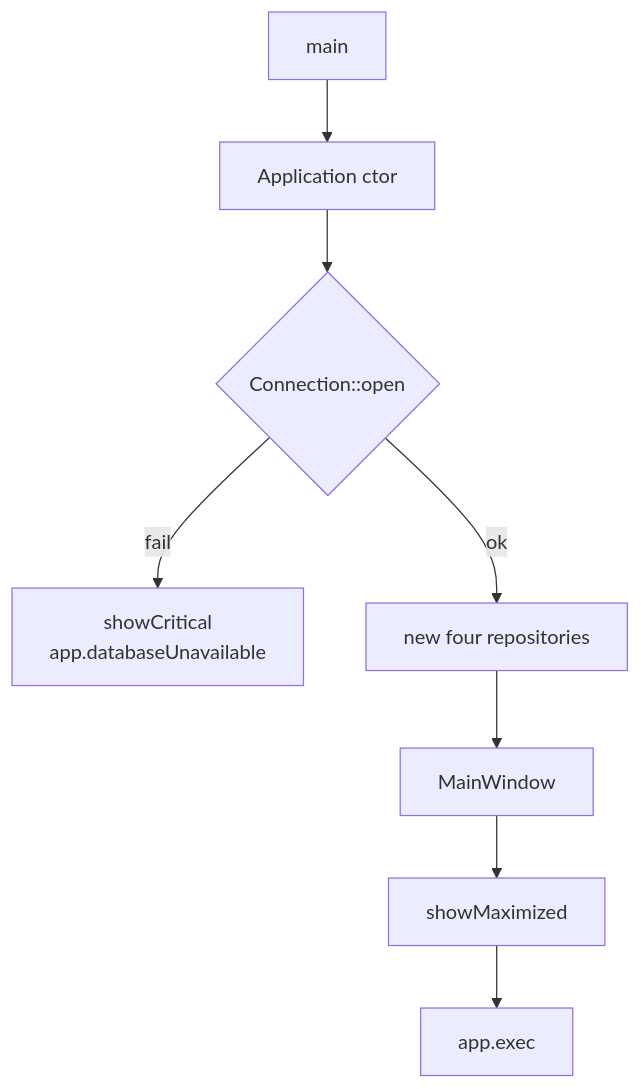
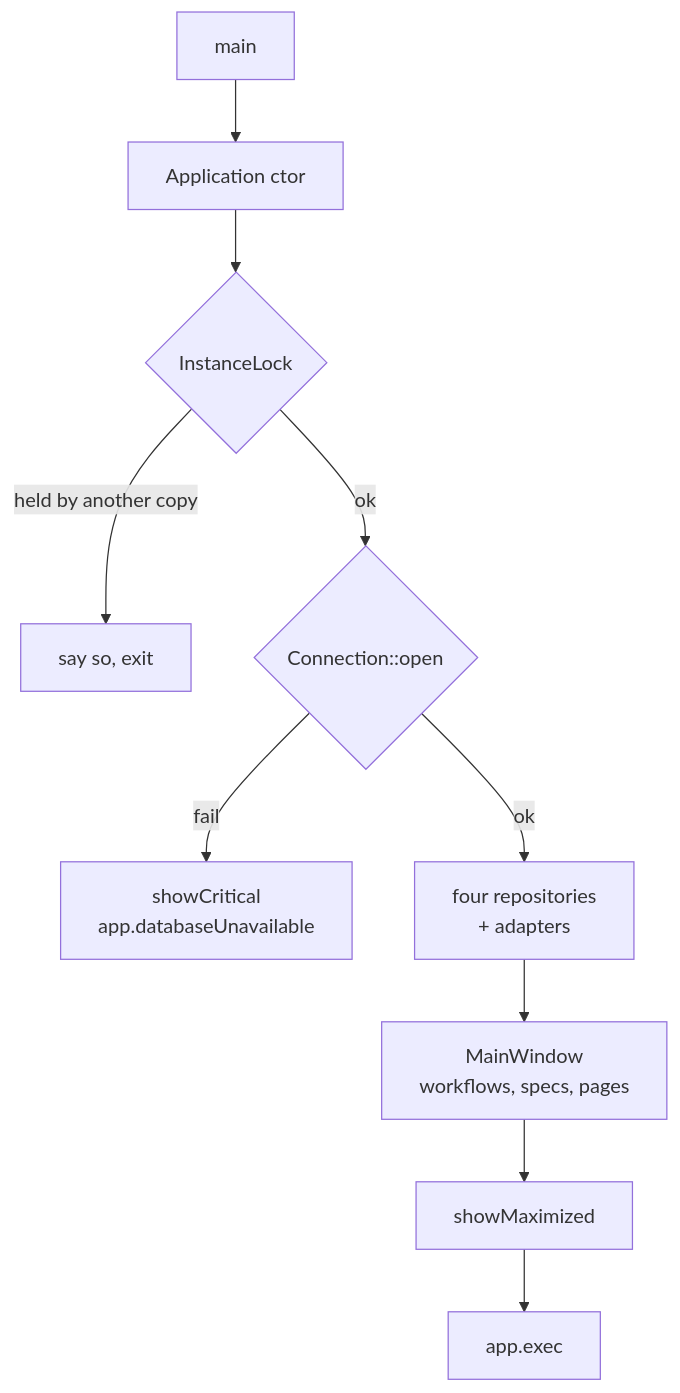
Before and after one commit to medaminben/VLMS: diagram 23 of 28 in docs/architecture/beta-uml.md, drawn with Mermaid. The commit also changed other lines of this file, not shown here.

First line of the commit message:
Refresh the Beta UML for the frontend redesign.

````diff
--- a/docs/architecture/beta-uml.md
+++ b/docs/architecture/beta-uml.md
@@ -786,10 +936,12 @@
 ```mermaid
 flowchart TD
     A[main] --> B[Application ctor]
-    B --> C{Connection::open}
+    B --> L{InstanceLock}
+    L -->|held by another copy| X[say so, exit]
+    L -->|ok| C{Connection::open}
     C -->|fail| D[showCritical<br/>app.databaseUnavailable]
-    C -->|ok| E[new four repositories]
-    E --> F[MainWindow]
+    C -->|ok| E[four repositories<br/>+ adapters]
+    E --> F[MainWindow<br/>workflows, specs, pages]
     F --> G[showMaximized]
     G --> H[app.exec]
 ```
````
